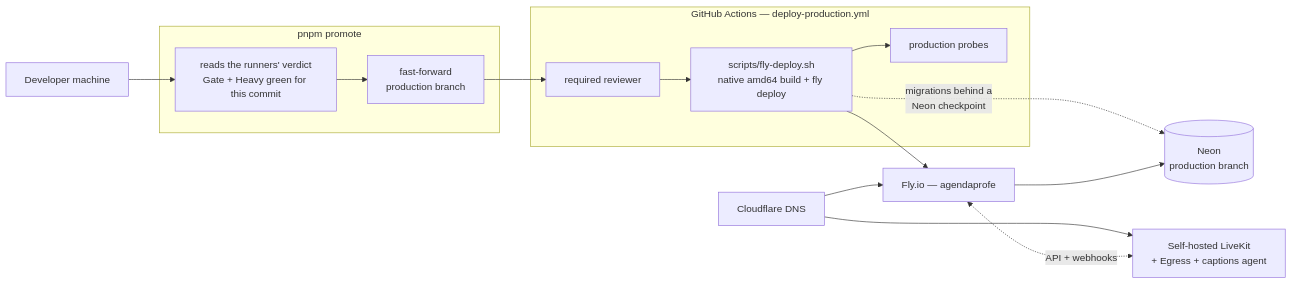
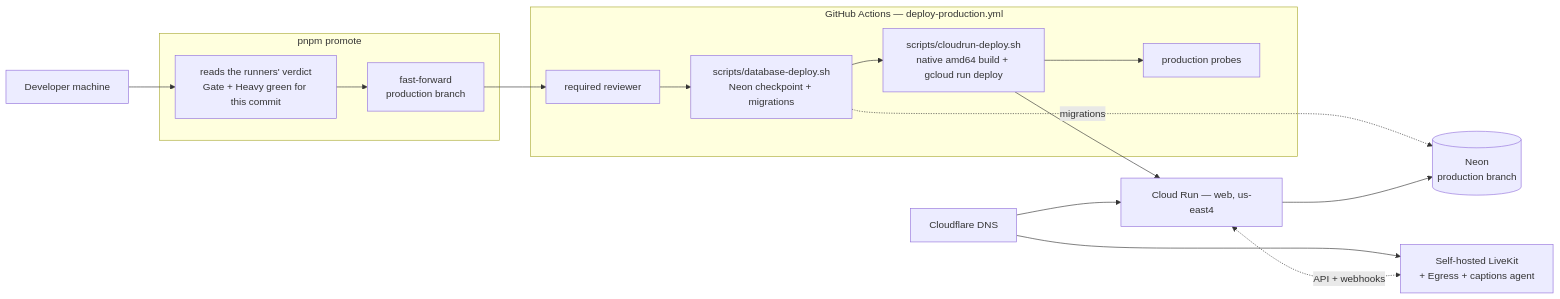
The second of 2 diagrams in README.md (jaystewartuk/spiralclass), drawn with Mermaid before and after one commit. The commit also changed other lines of this file and 94 other files, not shown here.

````diff
--- a/README.md
+++ b/README.md
@@ -558,25 +561,26 @@
 ```mermaid
 graph LR
     DEV["Developer machine"]
     subgraph gate["pnpm promote"]
         G["reads the runners' verdict<br/>Gate + Heavy green for this commit"]
         FF["fast-forward<br/>production branch"]
     end
     subgraph gha["GitHub Actions — deploy-production.yml"]
         APPROVE["required reviewer"]
-        BUILD["scripts/fly-deploy.sh<br/>native amd64 build + fly deploy"]
+        DB["scripts/database-deploy.sh<br/>Neon checkpoint + migrations"]
+        BUILD["scripts/cloudrun-deploy.sh<br/>native amd64 build + gcloud run deploy"]
         PROBE["production probes"]
     end
-    FLY["Fly.io — agendaprofe"]
+    RUN["Cloud Run — web, us-east4"]
     NEON[("Neon<br/>production branch")]
     CF["Cloudflare DNS"]
     LKBOX["Self-hosted LiveKit<br/>+ Egress + captions agent"]
 
-    DEV --> G --> FF --> APPROVE --> BUILD --> FLY
+    DEV --> G --> FF --> APPROVE --> DB --> BUILD --> RUN
     BUILD --> PROBE
-    BUILD -.migrations behind a<br/>Neon checkpoint.-> NEON
-    FLY --> NEON
-    CF --> FLY
+    DB -.migrations.-> NEON
+    RUN --> NEON
+    CF --> RUN
     CF --> LKBOX
-    FLY <-.->|API + webhooks| LKBOX
+    RUN <-.->|API + webhooks| LKBOX
 ```
````
